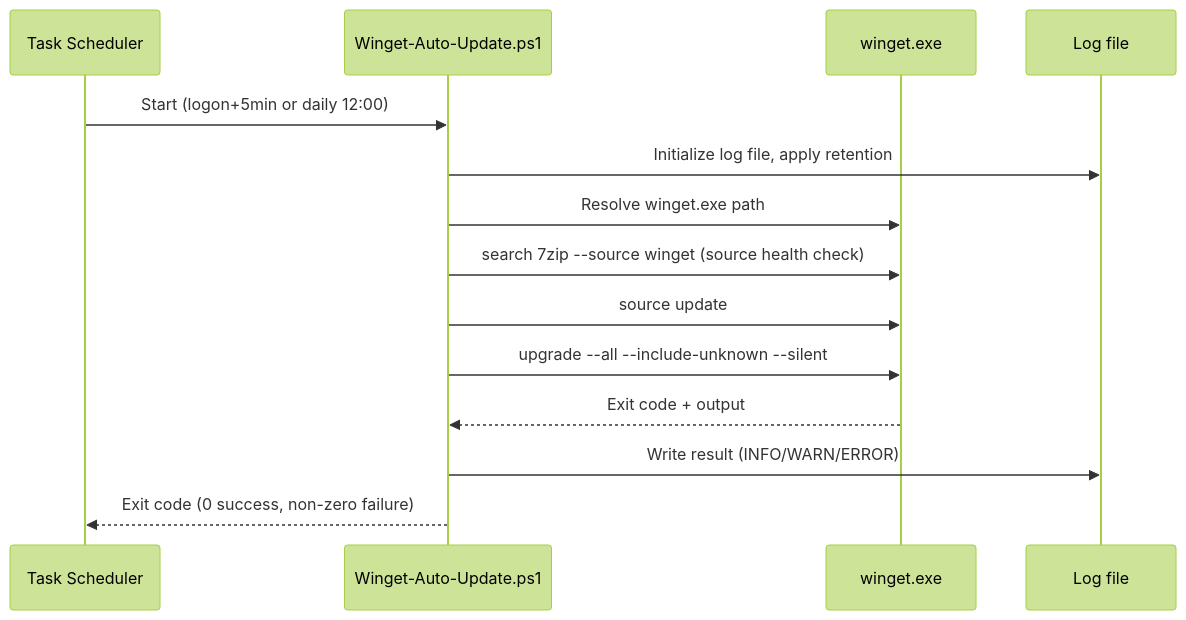
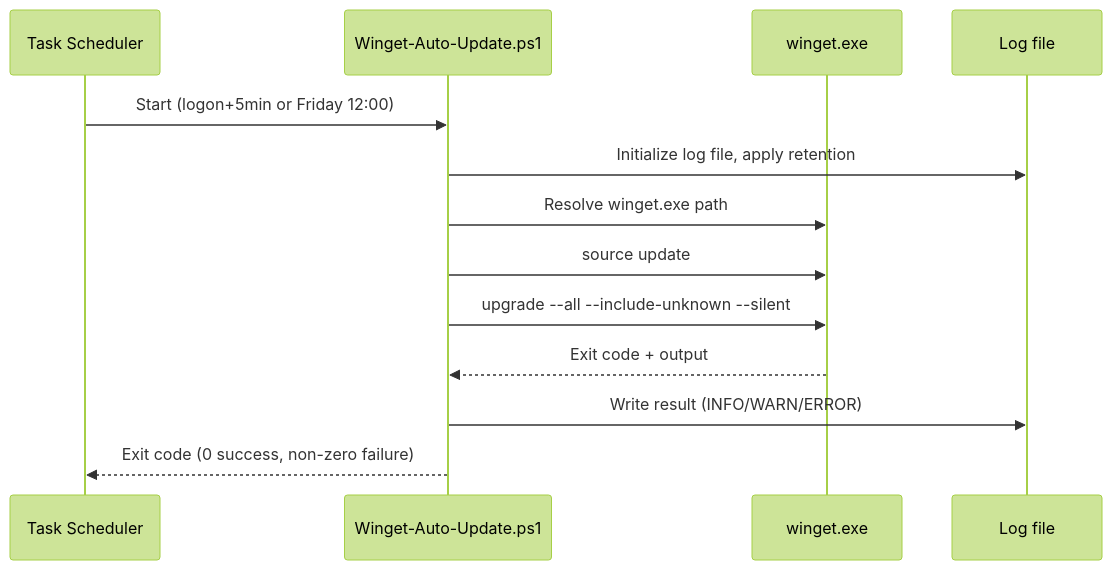
The second of 2 diagrams in docs/ARCHITECTURE.md (w465jt7pm9-cpu/Winget-Maintenance), drawn with Mermaid (forest theme) before and after one commit. The commit also changed other lines of this file and 8 other files, not shown here.

````diff
--- a/docs/ARCHITECTURE.md
+++ b/docs/ARCHITECTURE.md
@@ -70,17 +71,16 @@
 ```mermaid
 sequenceDiagram
     participant Task as Task Scheduler
     participant Script as Winget-Auto-Update.ps1
     participant Winget as winget.exe
     participant Log as Log file
 
-    Task->>Script: Start (logon+5min or daily 12:00)
+    Task->>Script: Start (logon+5min or Friday 12:00)
     Script->>Log: Initialize log file, apply retention
     Script->>Winget: Resolve winget.exe path
-    Script->>Winget: search 7zip --source winget (source health check)
     Script->>Winget: source update
     Script->>Winget: upgrade --all --include-unknown --silent
     Winget-->>Script: Exit code + output
     Script->>Log: Write result (INFO/WARN/ERROR)
     Script-->>Task: Exit code (0 success, non-zero failure)
 ```
````
